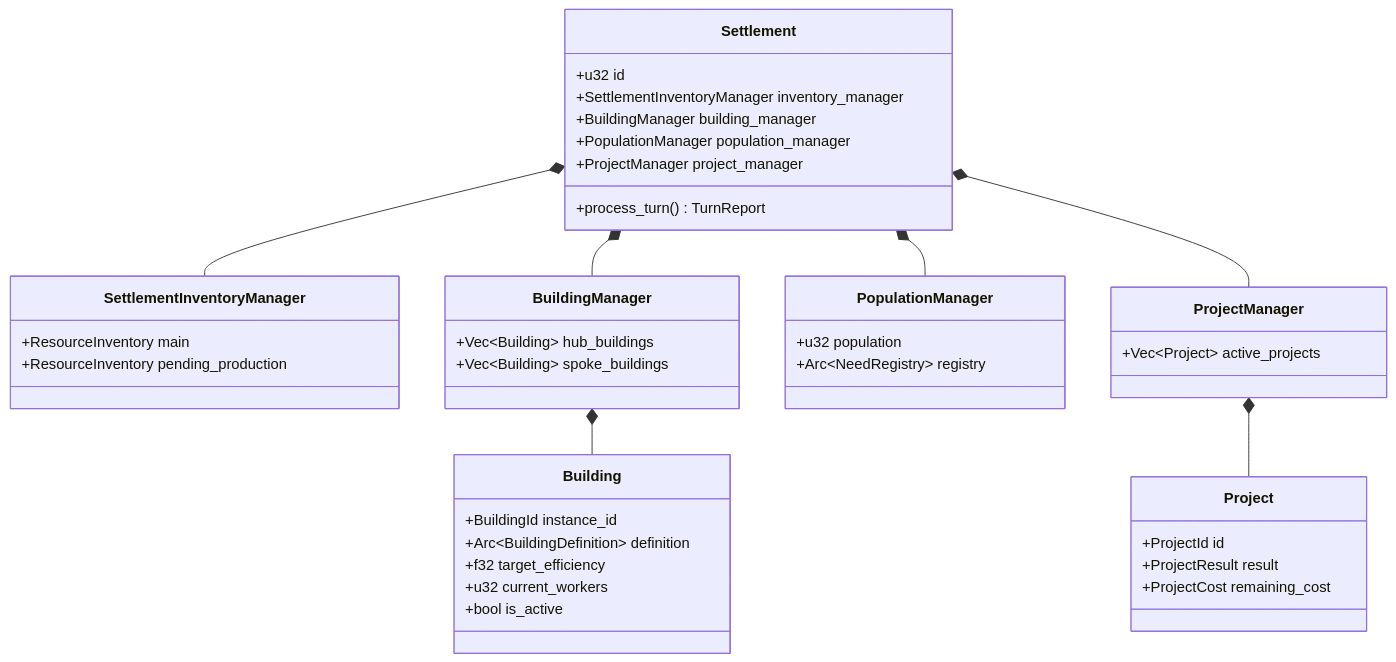
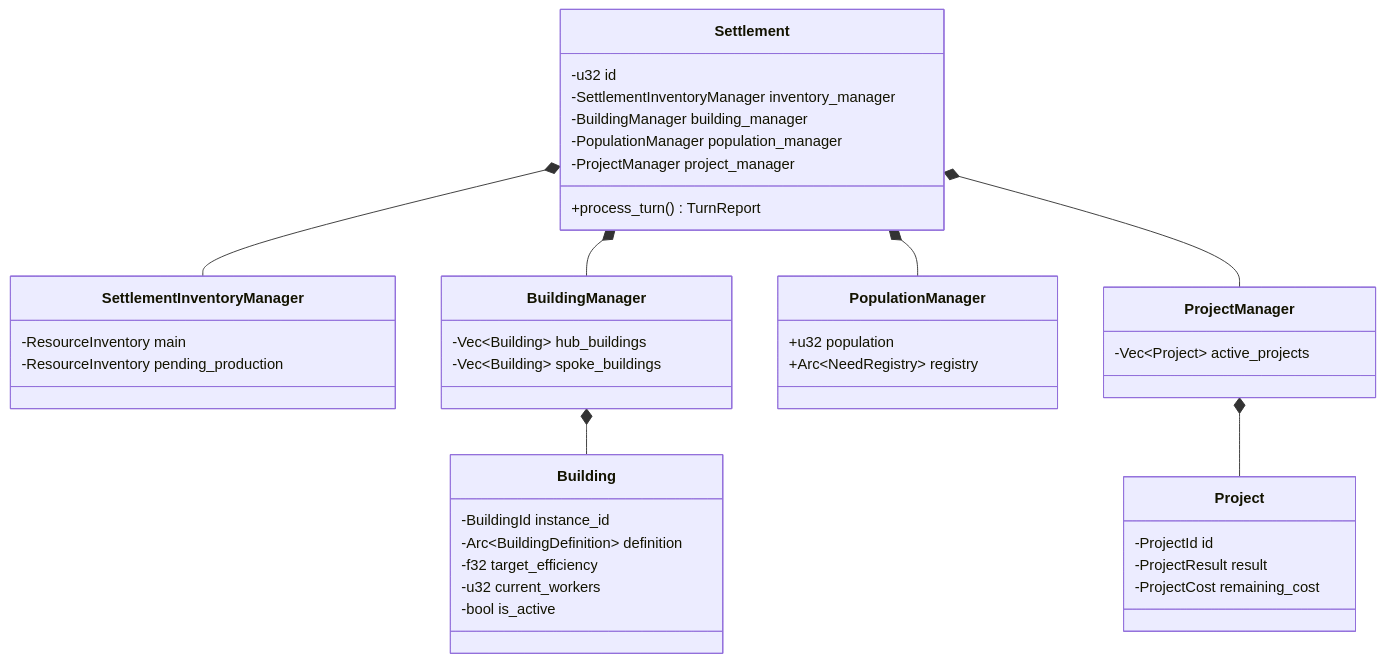
Before and after one commit to KMaksymilian/marl-grand-strategy-game: the first of 2 diagrams in docs/architecture/settlements.md, drawn with Mermaid. The commit also changed other lines of this file and 2 other files, not shown here.

Commit message:
docs(economy): describe storage order and validated state commands

````diff
--- a/docs/architecture/settlements.md
+++ b/docs/architecture/settlements.md
@@ -20,44 +20,44 @@
 ```mermaid
 classDiagram
     class Settlement {
-        +u32 id
-        +SettlementInventoryManager inventory_manager
-        +BuildingManager building_manager
-        +PopulationManager population_manager
-        +ProjectManager project_manager
+        -u32 id
+        -SettlementInventoryManager inventory_manager
+        -BuildingManager building_manager
+        -PopulationManager population_manager
+        -ProjectManager project_manager
         +process_turn() TurnReport
     }
     class SettlementInventoryManager {
-        +ResourceInventory main
-        +ResourceInventory pending_production
+        -ResourceInventory main
+        -ResourceInventory pending_production
     }
     class BuildingManager {
-        +Vec~Building~ hub_buildings
-        +Vec~Building~ spoke_buildings
+        -Vec~Building~ hub_buildings
+        -Vec~Building~ spoke_buildings
     }
     class PopulationManager {
         +u32 population
         +Arc~NeedRegistry~ registry
     }
     class ProjectManager {
-        +Vec~Project~ active_projects
+        -Vec~Project~ active_projects
     }
     class Building {
-        +BuildingId instance_id
-        +Arc~BuildingDefinition~ definition
-        +f32 target_efficiency
-        +u32 current_workers
-        +bool is_active
+        -BuildingId instance_id
+        -Arc~BuildingDefinition~ definition
+        -f32 target_efficiency
+        -u32 current_workers
+        -bool is_active
     }
     class Project {
-        +ProjectId id
-        +ProjectResult result
-        +ProjectCost remaining_cost
+        -ProjectId id
+        -ProjectResult result
+        -ProjectCost remaining_cost
     }
     Settlement *-- SettlementInventoryManager
     Settlement *-- BuildingManager
     Settlement *-- PopulationManager
     Settlement *-- ProjectManager
     BuildingManager *-- Building
     ProjectManager *-- Project
 ```
````
